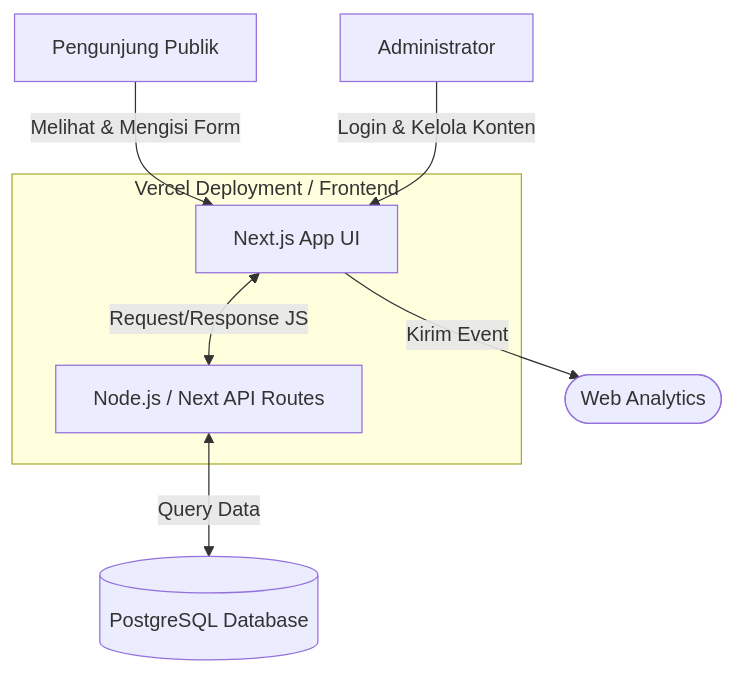
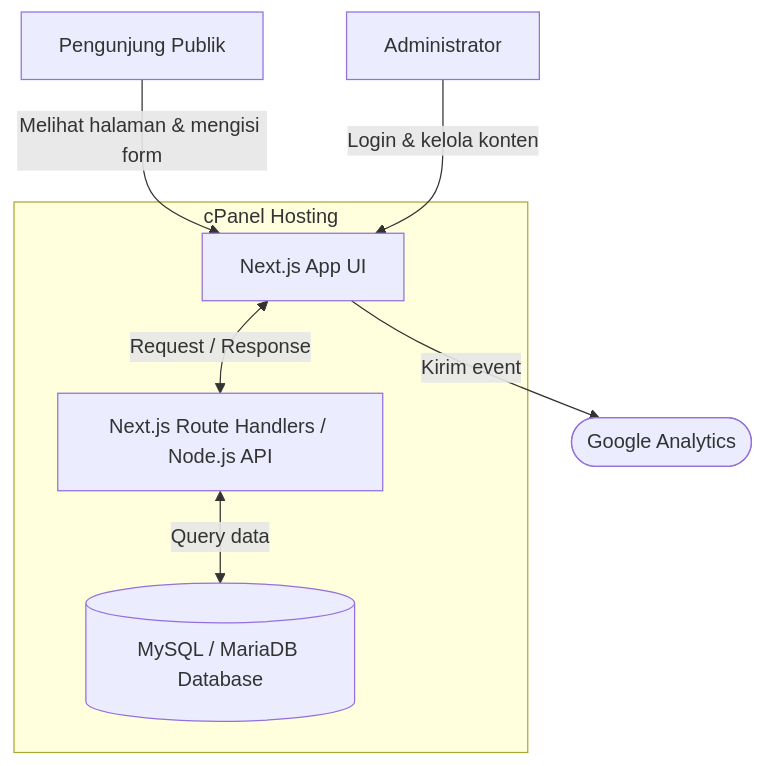
One commit to kahjsuygsl-oss/serasinusa changed the first of 2 diagrams in PRD.md. Above: the diagram before and after it, drawn with Mermaid. The commit also changed other lines of this file and 25 other files, not shown here.

Commit message:
Prepare cPanel MySQL setup

````diff
--- a/PRD.md
+++ b/PRD.md
@@ -44,29 +51,21 @@
 ```mermaid
 graph TD
-    %% Pengguna
     Public[Pengunjung Publik]
     Admin[Administrator]
 
-    %% Frontend & Hosting (Vercel)
-    subgraph Vercel [Vercel Deployment / Frontend]
+    subgraph CPanel [cPanel Hosting]
         UI[Next.js App UI]
-        API[Node.js / Next API Routes]
+        API[Next.js Route Handlers / Node.js API]
+        DB[(MySQL / MariaDB Database)]
     end
 
-    %% Layanan Pihak Ketiga
-    Analytics([Web Analytics])
-    
-    %% Database
-    DB[(PostgreSQL Database)]
+    Analytics([Google Analytics])
 
-    %% Alur Publik
-    Public -->|Melihat & Mengisi Form| UI
-    UI -->|Kirim Event| Analytics
+    Public -->|Melihat halaman & mengisi form| UI
+    UI -->|Kirim event| Analytics
 
-    %% Alur Admin
-    Admin -->|Login & Kelola Konten| UI
+    Admin -->|Login & kelola konten| UI
 
-    %% Alur Internal Sistem
-    UI <-->|Request/Response JS| API
-    API <-->|Query Data| DB
+    UI <-->|Request / Response| API
+    API <-->|Query data| DB
 ```
````
